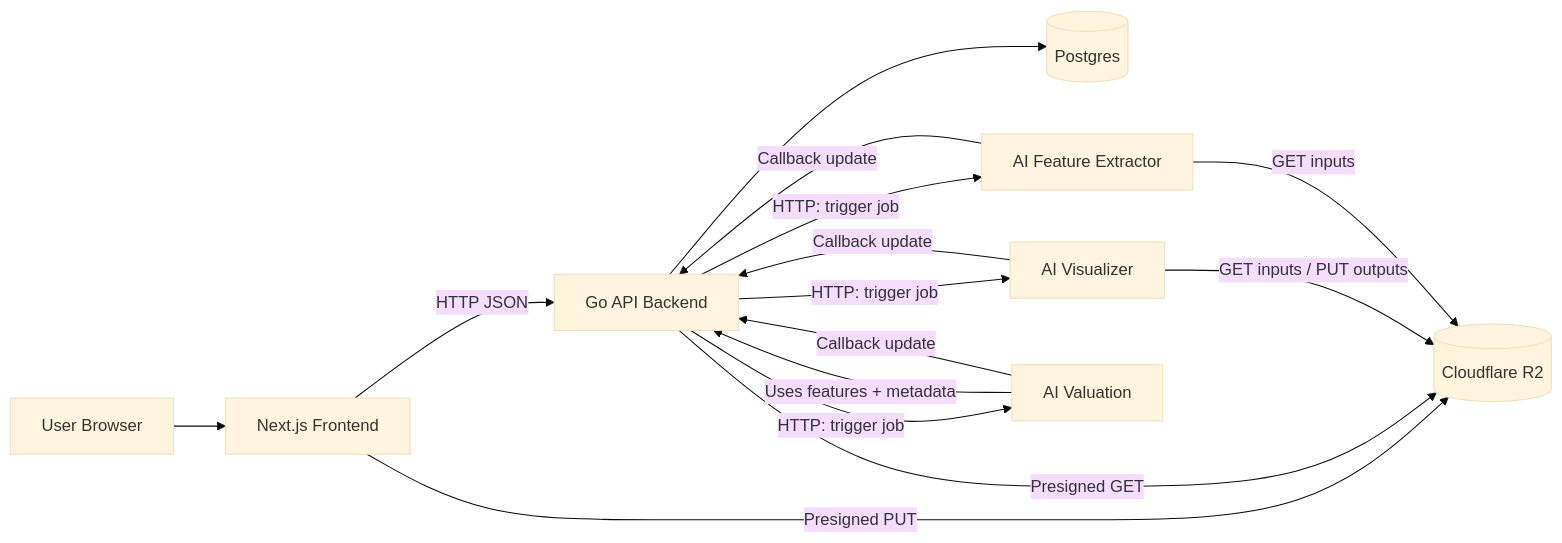
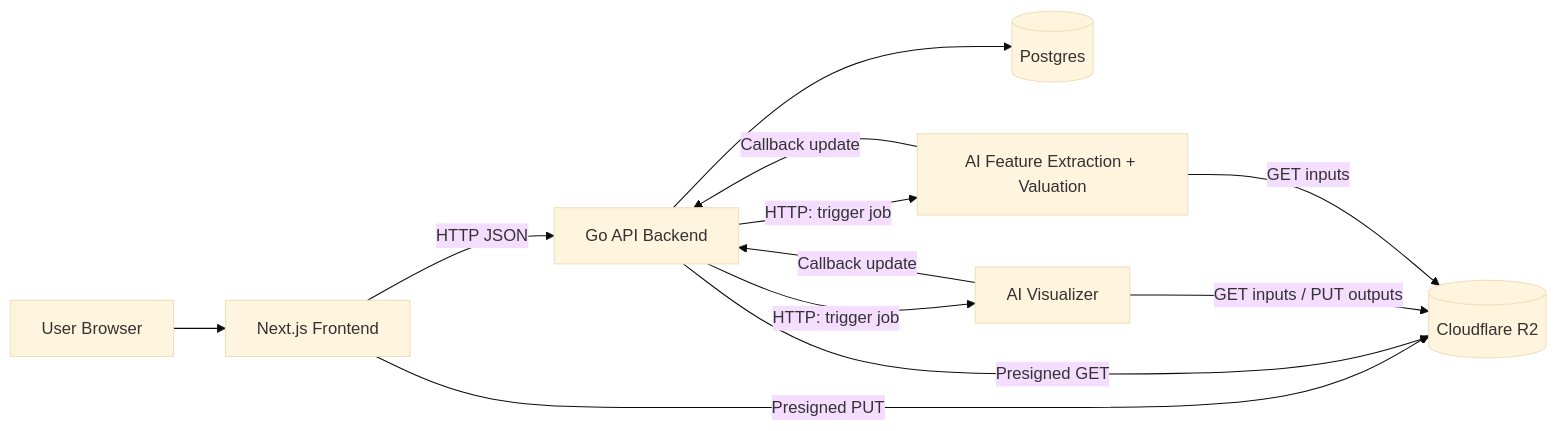
One commit to freebies-warrior/artium changed the second of 8 diagrams in docs/architecture.md. Above: the diagram before and after it, drawn with Mermaid (base theme). The commit also changed other lines of this file, not shown here.

````diff
--- a/docs/architecture.md
+++ b/docs/architecture.md
@@ -53,21 +51,18 @@
 ```mermaid
 flowchart LR
   U[User Browser] --> FE[Next.js Frontend]
   FE -->|HTTP JSON| BE[Go API Backend]
 
   FE -->|Presigned PUT| R2[(Cloudflare R2)]
   BE -->|Presigned GET| R2
   BE --> DB[(Postgres)]
 
   BE -->|HTTP: trigger job| AIv[AI Visualizer]
-  BE -->|HTTP: trigger job| AIf[AI Feature Extractor]
-  BE -->|HTTP: trigger job| AIval[AI Valuation]
+  BE -->|HTTP: trigger job| AIx[AI Feature Extraction + Valuation]
 
   AIv -->|GET inputs / PUT outputs| R2
-  AIf -->|GET inputs| R2
-  AIval -->|Uses features + metadata| BE
+  AIx -->|GET inputs| R2
 
   AIv -->|Callback update| BE
-  AIf -->|Callback update| BE
-  AIval -->|Callback update| BE
+  AIx -->|Callback update| BE
 ```
````
